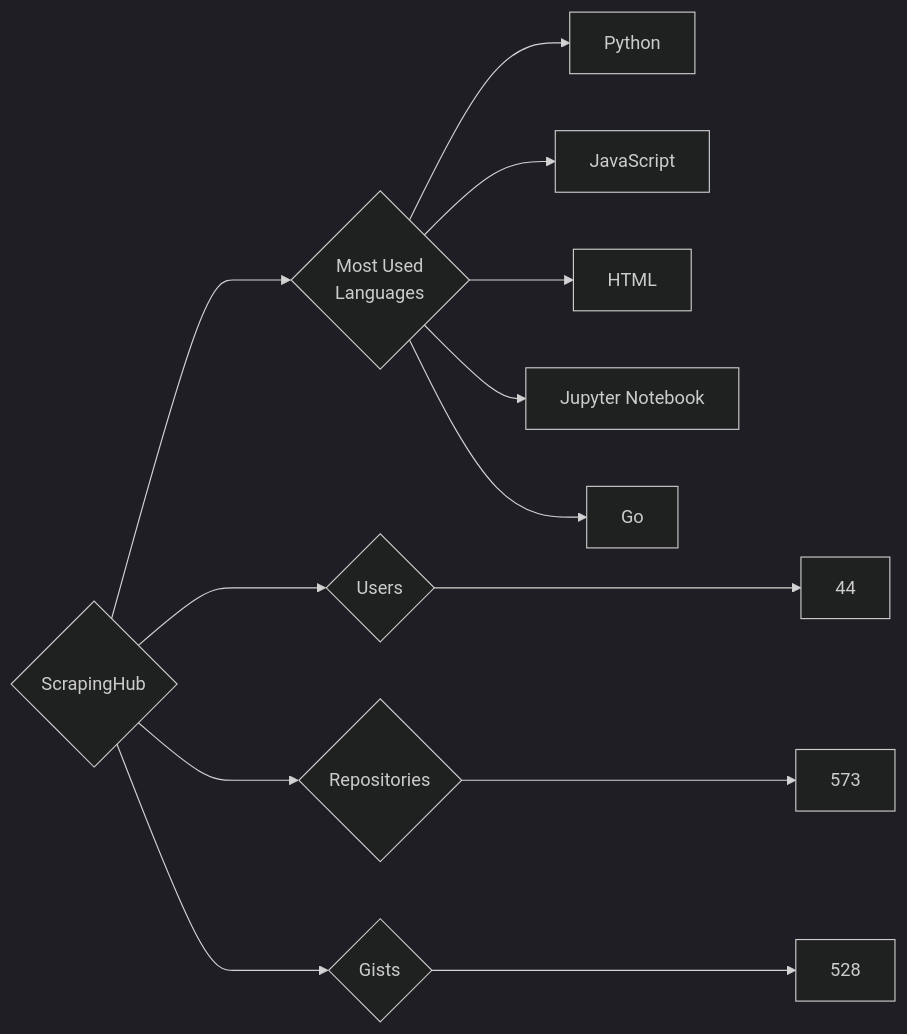
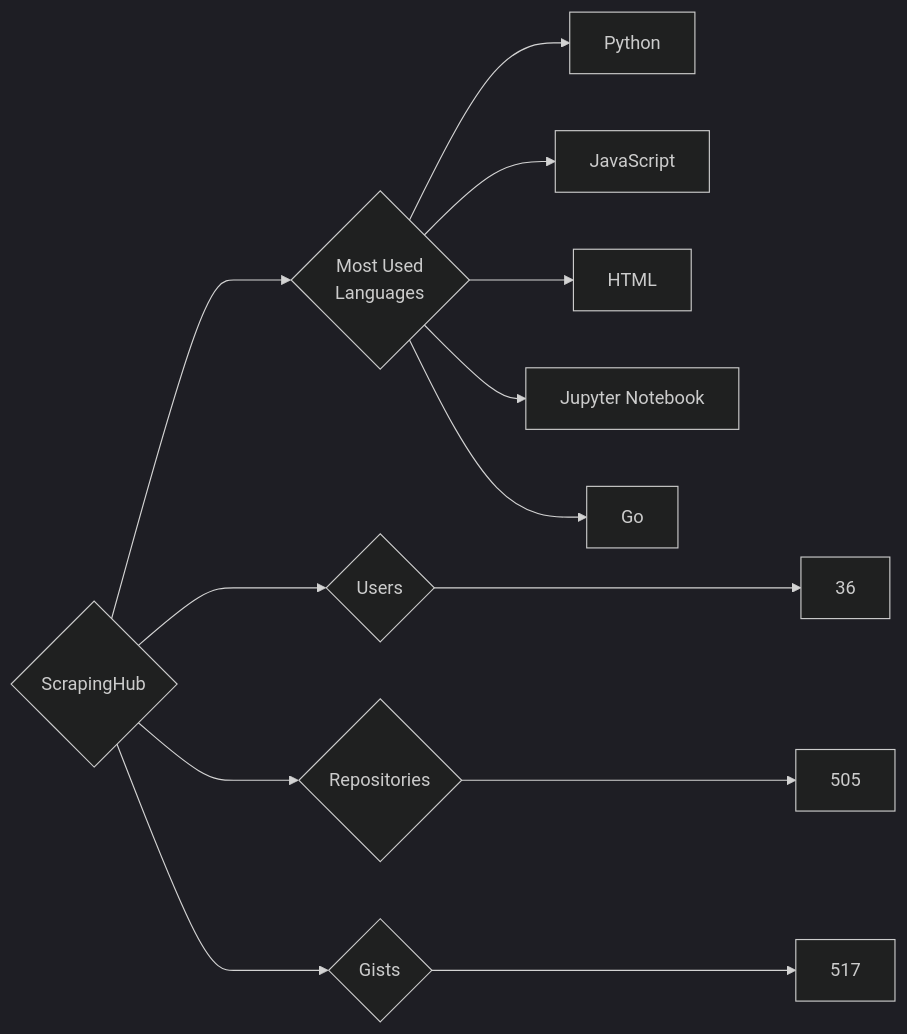
One commit to trickest/insiders changed the diagram in targets/ScrapingHub/README.md. Above: the diagram before and after it, drawn with Mermaid (dark theme). The commit also changed 839 other files, not shown here.

````diff
--- a/targets/ScrapingHub/README.md
+++ b/targets/ScrapingHub/README.md
@@ -3,13 +3,13 @@
 ```mermaid
 graph LR
 COMPANY_NAME{ScrapingHub}
-COMPANY_NAME ---> U{Users} ---> UN[44]
-COMPANY_NAME ---> R{Repositories} ---> RN[573]
-COMPANY_NAME ---> G{Gists} ---> GN[528]
+COMPANY_NAME ---> U{Users} ---> UN[36]
+COMPANY_NAME ---> R{Repositories} ---> RN[505]
+COMPANY_NAME ---> G{Gists} ---> GN[517]
 COMPANY_NAME ---> ML{Most Used<br>Languages}
 ML --> Python[Python]
 ML --> JavaScript[JavaScript]
 ML --> HTML[HTML]
 ML --> Jupyter_Notebook[Jupyter Notebook]
 ML --> Go[Go]
 ```
````
